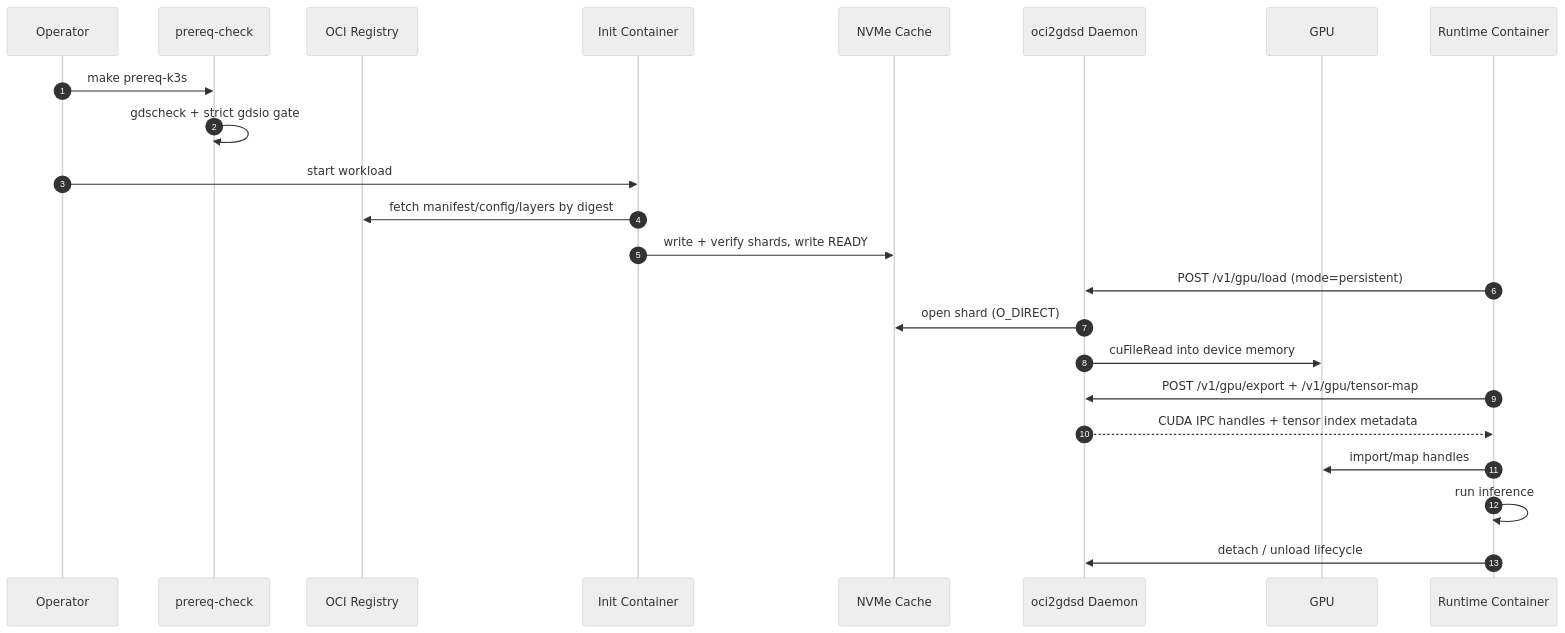
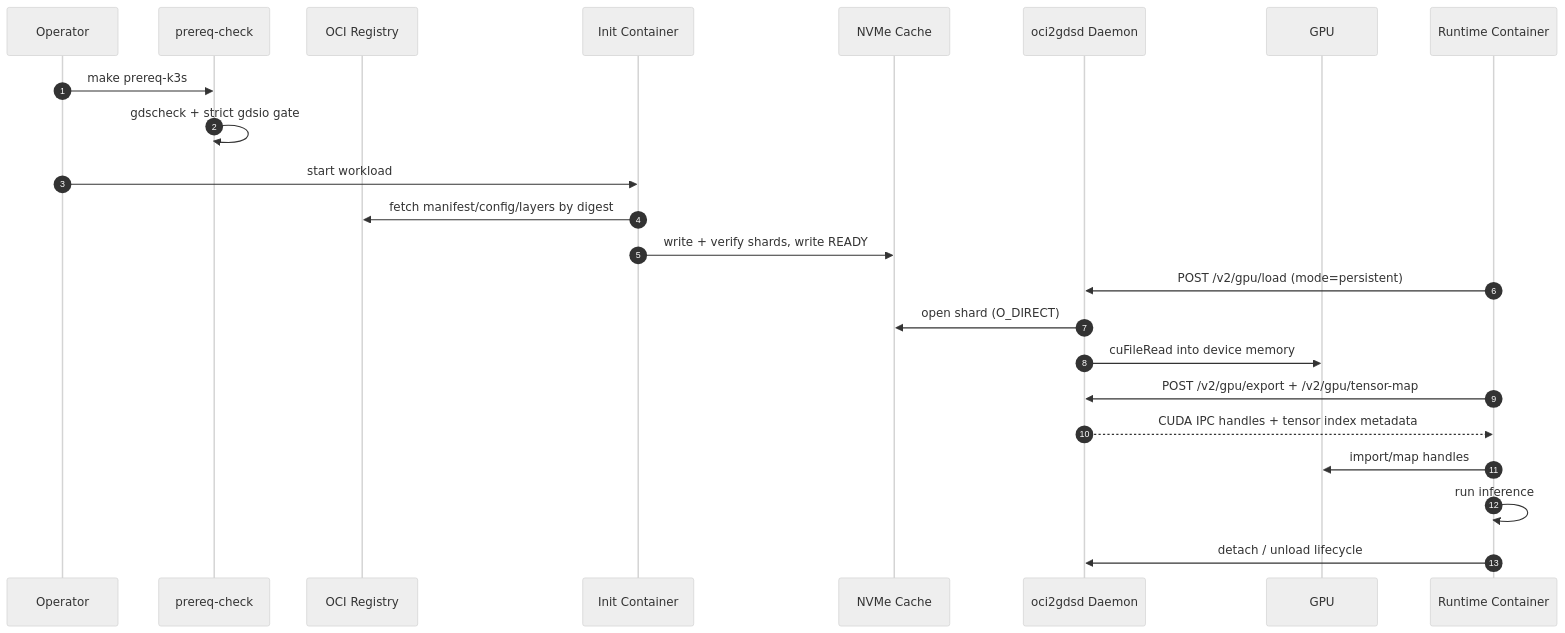
One commit to dims/oci2gdsd changed the second of 2 diagrams in docs/architecture-diagram.md. Above: the diagram before and after it, drawn with Mermaid (neutral theme). The commit also changed other lines of this file and 13 other files, not shown here.

````diff
--- a/docs/architecture-diagram.md
+++ b/docs/architecture-diagram.md
@@ -50,26 +50,26 @@
 ```mermaid
 sequenceDiagram
   autonumber
   participant OP as Operator
   participant PRE as prereq-check
   participant REG as OCI Registry
   participant INIT as Init Container
   participant CACHE as NVMe Cache
   participant DAEMON as oci2gdsd Daemon
   participant GPU as GPU
   participant RT as Runtime Container
 
   OP->>PRE: make prereq-k3s
   PRE->>PRE: gdscheck + strict gdsio gate
   OP->>INIT: start workload
   INIT->>REG: fetch manifest/config/layers by digest
   INIT->>CACHE: write + verify shards, write READY
-  RT->>DAEMON: POST /v1/gpu/load (mode=persistent)
+  RT->>DAEMON: POST /v2/gpu/load (mode=persistent)
   DAEMON->>CACHE: open shard (O_DIRECT)
   DAEMON->>GPU: cuFileRead into device memory
-  RT->>DAEMON: POST /v1/gpu/export + /v1/gpu/tensor-map
+  RT->>DAEMON: POST /v2/gpu/export + /v2/gpu/tensor-map
   DAEMON-->>RT: CUDA IPC handles + tensor index metadata
   RT->>GPU: import/map handles
   RT->>RT: run inference
   RT->>DAEMON: detach / unload lifecycle
 ```
````
